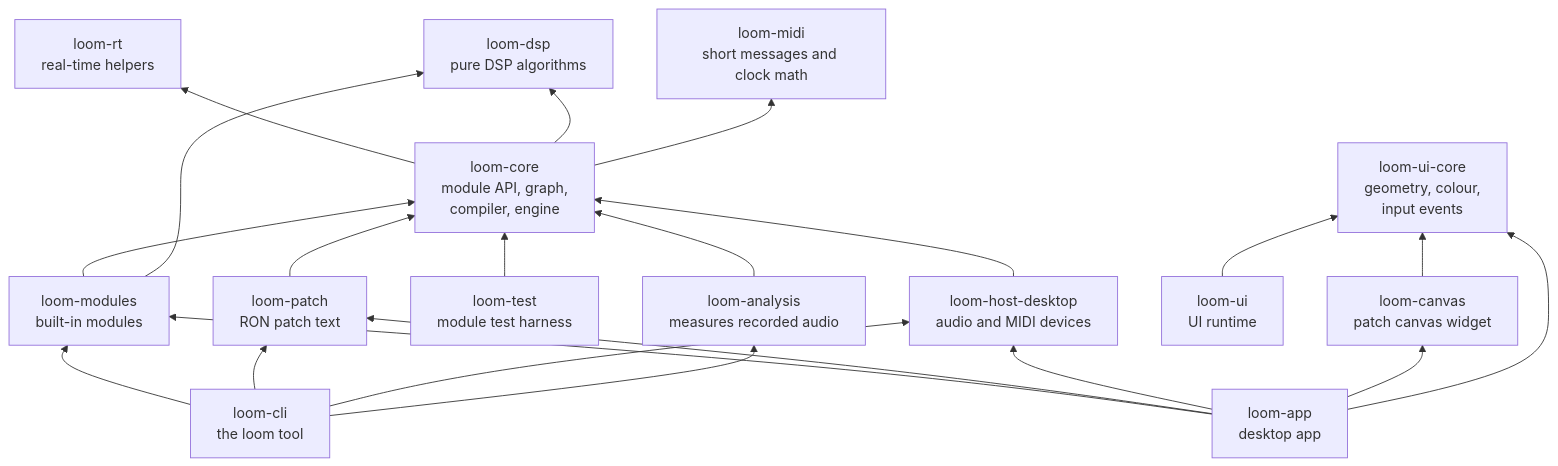
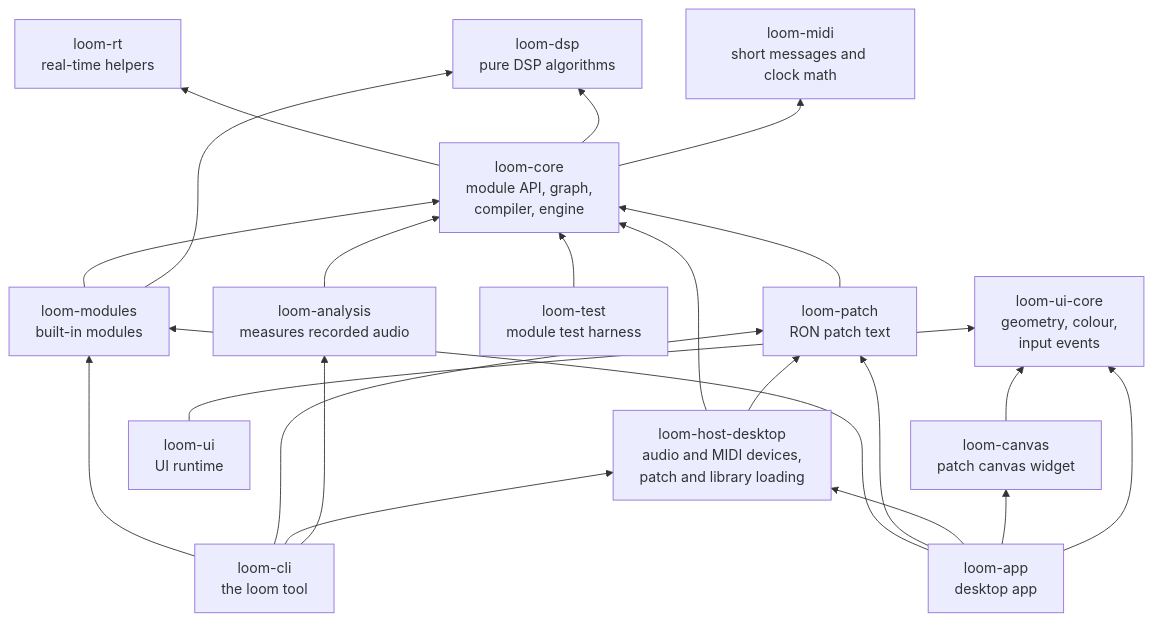
The first of 2 diagrams in docs/dev/architecture.md (brylie/LoomDSP), drawn with Mermaid before and after one commit. The commit also changed other lines of this file and 13 other files, not shown here.

````diff
--- a/docs/dev/architecture.md
+++ b/docs/dev/architecture.md
@@ -7,28 +7,28 @@
 ```mermaid
 flowchart BT
     rt[loom-rt<br/>real-time helpers]
     dsp[loom-dsp<br/>pure DSP algorithms]
     midi[loom-midi<br/>short messages and clock math]
     core[loom-core<br/>module API, graph,<br/>compiler, engine]
     modules[loom-modules<br/>built-in modules]
     patch[loom-patch<br/>RON patch text]
     test[loom-test<br/>module test harness]
     analysis[loom-analysis<br/>measures recorded audio]
-    host[loom-host-desktop<br/>audio and MIDI devices]
+    host[loom-host-desktop<br/>audio and MIDI devices,<br/>patch and library loading]
     uicore[loom-ui-core<br/>geometry, colour,<br/>input events]
     ui[loom-ui<br/>UI runtime]
     canvas[loom-canvas<br/>patch canvas widget]
     cli[loom-cli<br/>the loom tool]
     app[loom-app<br/>desktop app]
 
     core --> rt & dsp & midi
     modules --> core & dsp
     patch --> core
     test --> core
     analysis --> core
-    host --> core
+    host --> core & patch
     cli --> modules & patch & host & analysis
     canvas --> uicore
     ui --> uicore
     app --> modules & patch & host & canvas & uicore
 ```
````
